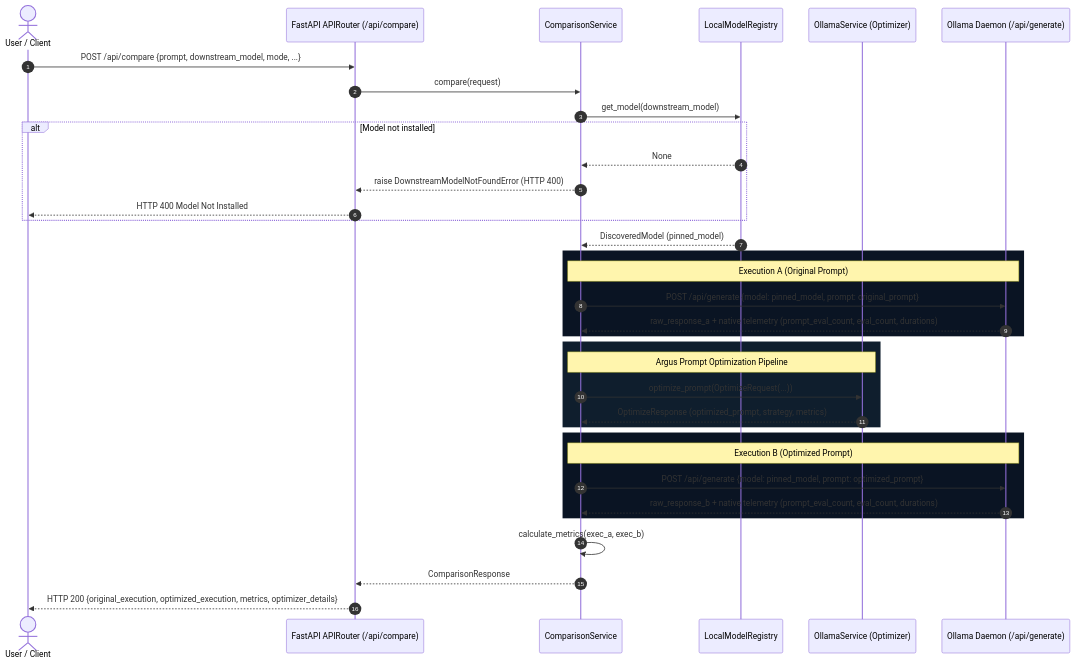
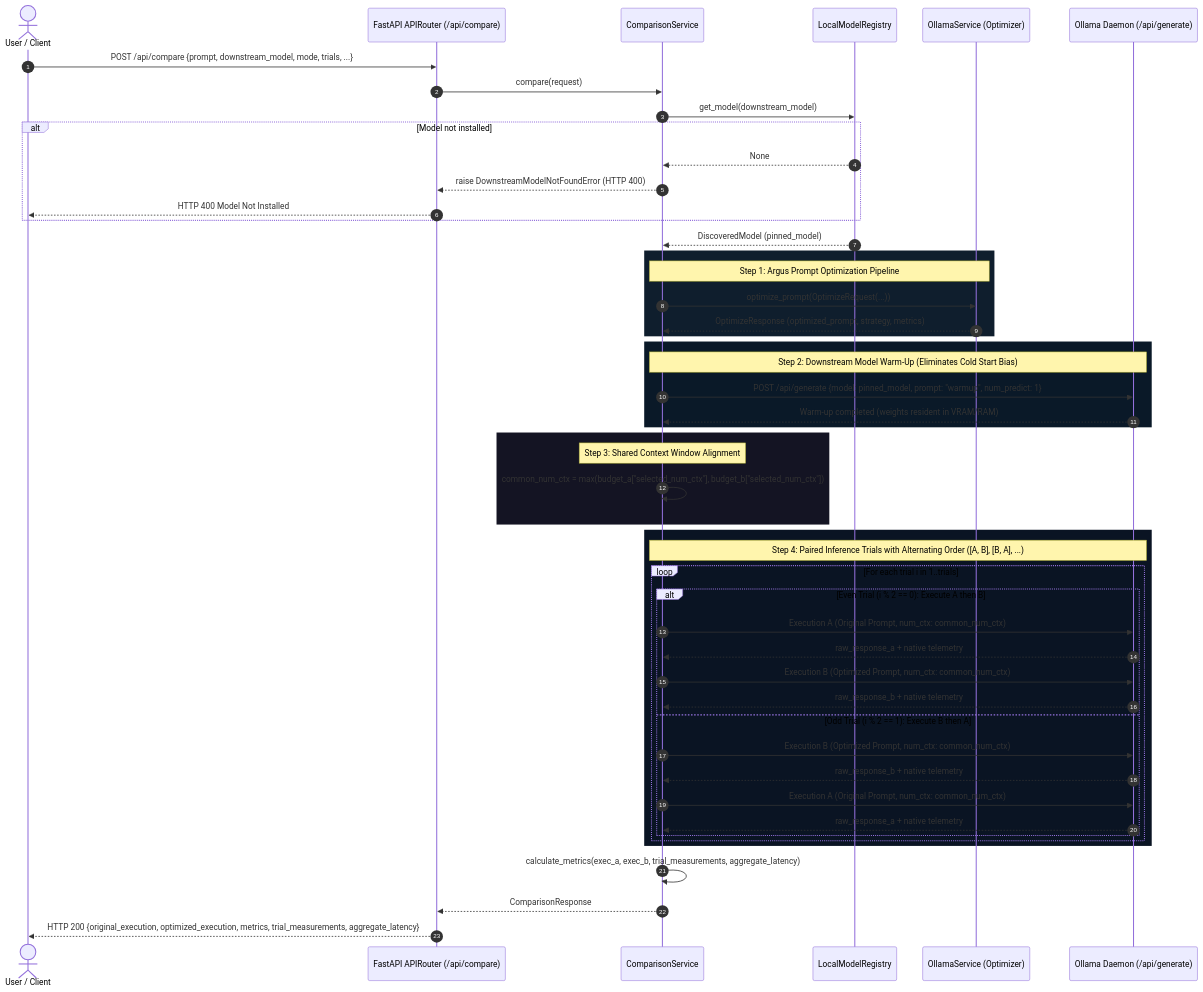
The third of 3 diagrams in docs/architecture.md (MK-KOUSHIK/argus), drawn with Mermaid before and after one commit. The commit also changed other lines of this file and 15 other files, not shown here.

First line of the commit message:
fix(output-comparison): correct latency bias, duration classification, and report standards

````diff
--- a/docs/architecture.md
+++ b/docs/architecture.md
@@ -251,42 +251,58 @@
 ```mermaid
 sequenceDiagram
     autonumber
     actor User as User / Client
     participant API as FastAPI APIRouter (/api/compare)
     participant CompSvc as ComparisonService
     participant Reg as LocalModelRegistry
     participant OptSvc as OllamaService (Optimizer)
     participant Ollama as Ollama Daemon (/api/generate)
 
-    User->>API: POST /api/compare {prompt, downstream_model, mode, ...}
+    User->>API: POST /api/compare {prompt, downstream_model, mode, trials, ...}
     API->>CompSvc: compare(request)
     CompSvc->>Reg: get_model(downstream_model)
     alt Model not installed
         Reg-->>CompSvc: None
         CompSvc-->>API: raise DownstreamModelNotFoundError (HTTP 400)
         API-->>User: HTTP 400 Model Not Installed
     end
     Reg-->>CompSvc: DiscoveredModel (pinned_model)
 
-    rect rgb(10, 20, 35)
-        Note over CompSvc,Ollama: Execution A (Original Prompt)
-        CompSvc->>Ollama: POST /api/generate {model: pinned_model, prompt: original_prompt}
-        Ollama-->>CompSvc: raw_response_a + native telemetry (prompt_eval_count, eval_count, durations)
-    end
-
     rect rgb(15, 30, 45)
-        Note over CompSvc,OptSvc: Argus Prompt Optimization Pipeline
+        Note over CompSvc,OptSvc: Step 1: Argus Prompt Optimization Pipeline
         CompSvc->>OptSvc: optimize_prompt(OptimizeRequest(...))
         OptSvc-->>CompSvc: OptimizeResponse (optimized_prompt, strategy, metrics)
     end
 
-    rect rgb(10, 20, 35)
-        Note over CompSvc,Ollama: Execution B (Optimized Prompt)
-        CompSvc->>Ollama: POST /api/generate {model: pinned_model, prompt: optimized_prompt}
-        Ollama-->>CompSvc: raw_response_b + native telemetry (prompt_eval_count, eval_count, durations)
+    rect rgb(10, 25, 40)
+        Note over CompSvc,Ollama: Step 2: Downstream Model Warm-Up (Eliminates Cold Start Bias)
+        CompSvc->>Ollama: POST /api/generate {model: pinned_model, prompt: "warmup", num_predict: 1}
+        Ollama-->>CompSvc: Warm-up completed (weights resident in VRAM/RAM)
     end
 
-    CompSvc->>CompSvc: calculate_metrics(exec_a, exec_b)
+    rect rgb(20, 20, 35)
+        Note over CompSvc: Step 3: Shared Context Window Alignment
+        CompSvc->>CompSvc: common_num_ctx = max(budget_a["selected_num_ctx"], budget_b["selected_num_ctx"])
+    end
+
+    rect rgb(10, 20, 35)
+        Note over CompSvc,Ollama: Step 4: Paired Inference Trials with Alternating Order ([A, B], [B, A], ...)
+        loop For each trial i in 1..trials
+            alt Even Trial (i % 2 == 0): Execute A then B
+                CompSvc->>Ollama: Execution A (Original Prompt, num_ctx: common_num_ctx)
+                Ollama-->>CompSvc: raw_response_a + native telemetry
+                CompSvc->>Ollama: Execution B (Optimized Prompt, num_ctx: common_num_ctx)
+                Ollama-->>CompSvc: raw_response_b + native telemetry
+            else Odd Trial (i % 2 == 1): Execute B then A
+                CompSvc->>Ollama: Execution B (Optimized Prompt, num_ctx: common_num_ctx)
+                Ollama-->>CompSvc: raw_response_b + native telemetry
+                CompSvc->>Ollama: Execution A (Original Prompt, num_ctx: common_num_ctx)
+                Ollama-->>CompSvc: raw_response_a + native telemetry
+            end
+        end
+    end
+
+    CompSvc->>CompSvc: calculate_metrics(exec_a, exec_b, trial_measurements, aggregate_latency)
     CompSvc-->>API: ComparisonResponse
-    API-->>User: HTTP 200 {original_execution, optimized_execution, metrics, optimizer_details}
+    API-->>User: HTTP 200 {original_execution, optimized_execution, metrics, trial_measurements, aggregate_latency}
 ```
````
